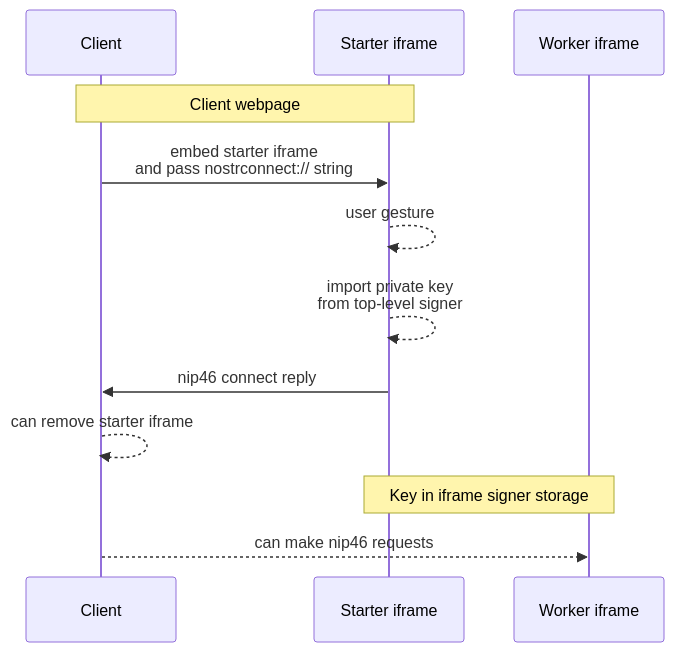
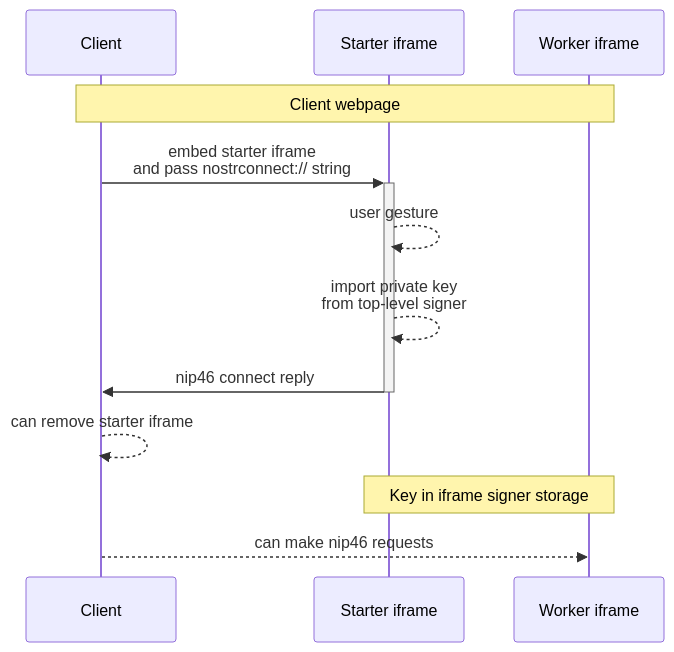
The first of 4 diagrams in 146.md (nostr-protocol/nips), drawn with Mermaid before and after one commit. The commit also changed other lines of this file, not shown here.

Commit message:
Minor fixes

````diff
--- a/146.md
+++ b/146.md
@@ -87,15 +87,15 @@
 ```mermaid
 sequenceDiagram
   participant Client as Client
   participant Starter as Starter iframe
   participant Worker as Worker iframe
 
-  Note over Client,Starter: Client webpage
-  Client ->> Starter: embed starter iframe<br/>and pass nostrconnect:// string
+  Note over Client,Worker: Client webpage
+  Client ->>+ Starter: embed starter iframe<br/>and pass nostrconnect:// string
   Starter -->> Starter: user gesture
   Starter -->> Starter: import private key<br/>from top-level signer 
-  Starter ->> Client: nip46 connect reply
+  Starter ->>- Client: nip46 connect reply
   Client -->> Client: can remove starter iframe
   Note over Starter,Worker: Key in iframe signer storage
   Client -->> Worker: can make nip46 requests 
 ```
````
